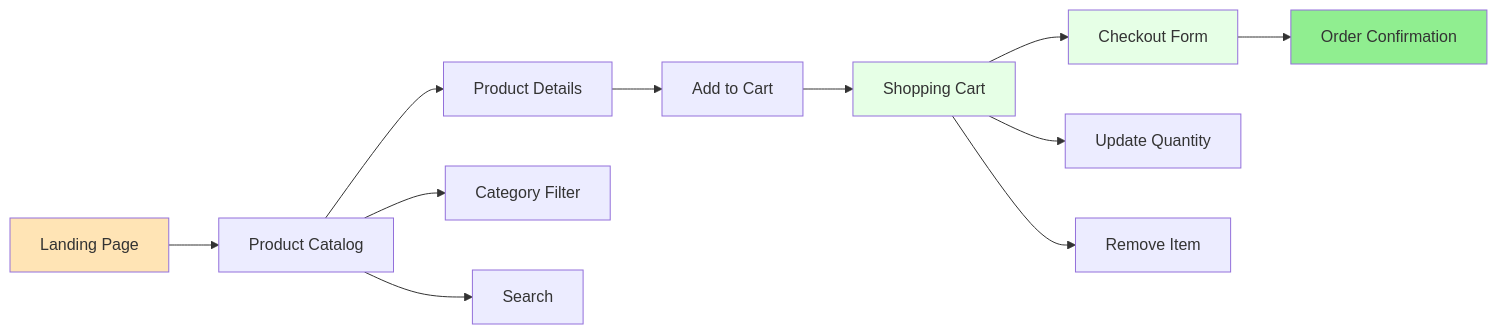
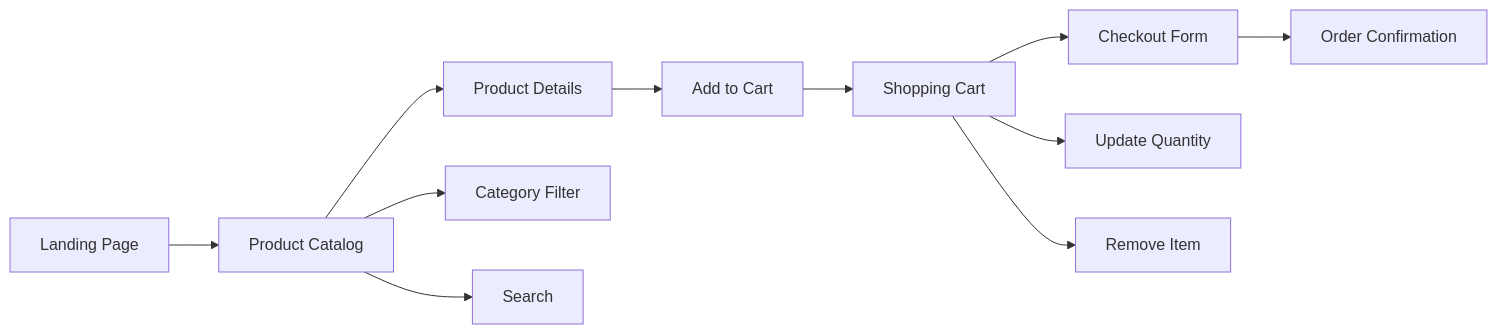
One commit to o2alexanderfedin/AI-Hive-Business-Docs changed the first of 2 diagrams in presentations/from-team-to-agents/slides/slide-08-simple-example.md. Above: the diagram before and after it, drawn with Mermaid. The commit also changed other lines of this file and 3 other files, not shown here.

First line of the commit message:
Remove color schemes from all Mermaid diagrams

````diff
--- a/presentations/from-team-to-agents/slides/slide-08-simple-example.md
+++ b/presentations/from-team-to-agents/slides/slide-08-simple-example.md
@@ -33,19 +33,15 @@
 ```mermaid
 graph LR
     A[Landing Page] --> B[Product Catalog]
     B --> C[Product Details]
     C --> D[Add to Cart]
     D --> E[Shopping Cart]
     E --> F[Checkout Form]
     F --> G[Order Confirmation]
 
     B --> H[Category Filter]
     B --> I[Search]
     E --> J[Update Quantity]
     E --> K[Remove Item]
 
-    style A fill:#FFE4B5
-    style E fill:#E6FFE6
-    style F fill:#E6FFE6
-    style G fill:#90EE90
 ```
````
